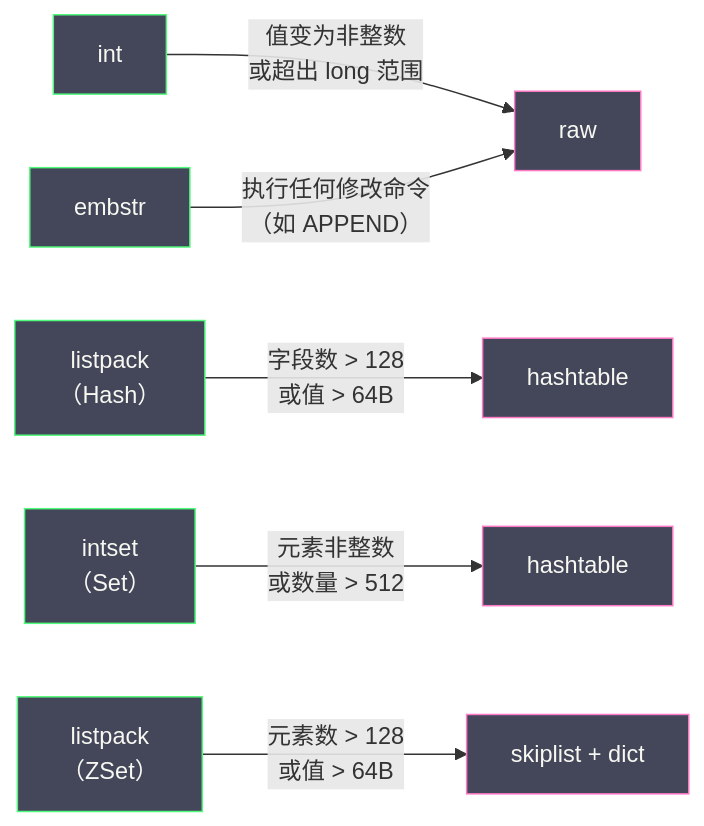
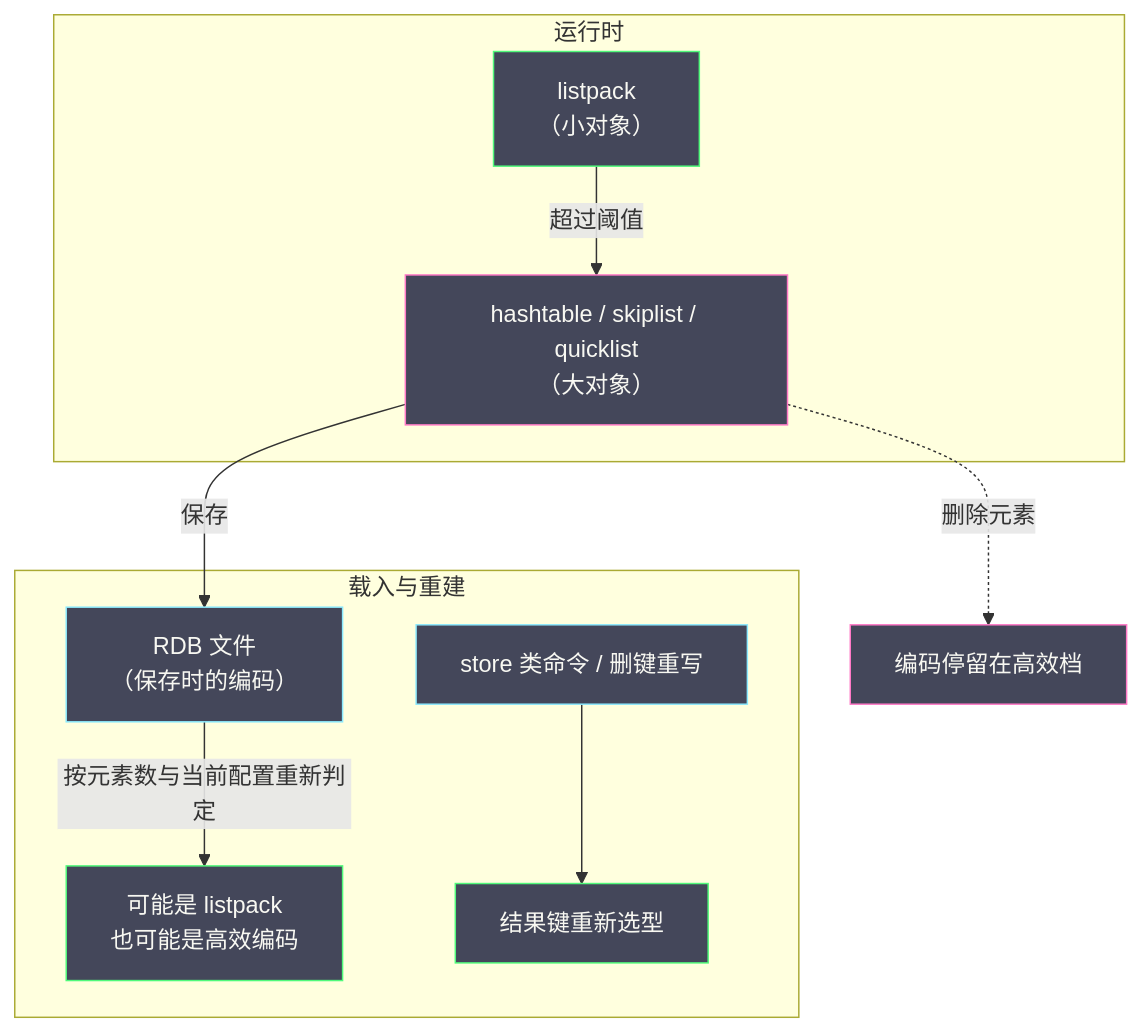
Before and after one commit to hpliStartAgain/my-brain: the sixth of 6 diagrams in content/中间件/Redis/Redis设计与实现/02 SDS 与 Redis 对象系统.md, drawn with Mermaid. The commit also changed other lines of this file and 455 other files, not shown here.

````diff
--- a/content/中间件/Redis/Redis设计与实现/02 SDS 与 Redis 对象系统.md
+++ b/content/中间件/Redis/Redis设计与实现/02 SDS 与 Redis 对象系统.md
@@ -283,15 +829,20 @@
 ```mermaid
 %%{init: {'theme': 'dracula'}}%%
-graph LR
-    INT["int"] -->|"值变为非整数</br>或超出 long 范围"| RAW["raw"]
-    EMBSTR["embstr"] -->|"执行任何修改命令</br>（如 APPEND）"| RAW
-    LP_H["listpack</br>（Hash）"] -->|"字段数 > 128</br>或值 > 64B"| HT_H["hashtable"]
-    IS["intset</br>（Set）"] -->|"元素非整数</br>或数量 > 512"| HT_S["hashtable"]
-    LP_Z["listpack</br>（ZSet）"] -->|"元素数 > 128</br>或值 > 64B"| SL["skiplist + dict"]
+graph TD
+    subgraph 运行时
+        G1["listpack<br/>（小对象）"] -->|"超过阈值"| G2["hashtable / skiplist / quicklist<br/>（大对象）"]
+    end
+    G2 -.->|"删除元素"| HOLD["编码停留在高效档"]
+    subgraph 载入与重建
+        L1["RDB 文件<br/>（保存时的编码）"] -->|"按元素数与当前配置重新判定"| L2["可能是 listpack<br/>也可能是高效编码"]
+        L3["store 类命令 / 删键重写"] --> L4["结果键重新选型"]
+    end
+    G2 -->|"保存"| L1
 
     classDef compact fill:#44475a,stroke:#50fa7b,color:#f8f8f2
-    classDef efficient fill:#44475a,stroke:#ff79c6,color:#f8f8f2
-
-    class INT,EMBSTR,LP_H,LP_Z,IS compact
-    class RAW,HT_H,HT_S,SL efficient
+    classDef big fill:#44475a,stroke:#ff79c6,color:#f8f8f2
+    classDef path fill:#44475a,stroke:#8be9fd,color:#f8f8f2
+    class G1,L2,L4 compact
+    class G2,HOLD big
+    class L1,L3 path
 ```
````
